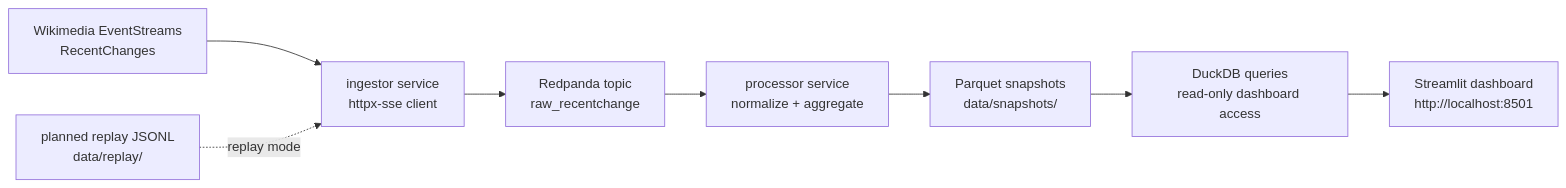
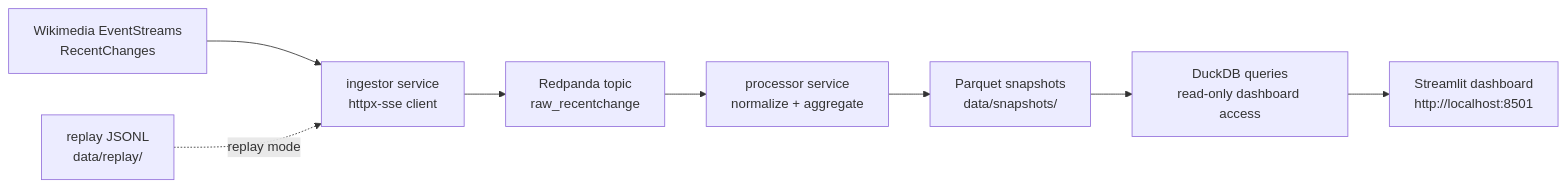
Before and after one commit to adiacov/wikistream-observatory: the diagram in README.md, drawn with Mermaid. The commit also changed other lines of this file and 4 other files, not shown here.

````diff
--- a/README.md
+++ b/README.md
@@ -47,10 +46,10 @@
 ```mermaid
 flowchart LR
     eventstreams["Wikimedia EventStreams\nRecentChanges"] --> ingestor["ingestor service\nhttpx-sse client"]
-    replay["planned replay JSONL\ndata/replay/"] -. "replay mode" .-> ingestor
+    replay["replay JSONL\ndata/replay/"] -. "replay mode" .-> ingestor
     ingestor --> rawtopic["Redpanda topic\nraw_recentchange"]
     rawtopic --> processor["processor service\nnormalize + aggregate"]
     processor --> snapshots["Parquet snapshots\ndata/snapshots/"]
     snapshots --> duckdb["DuckDB queries\nread-only dashboard access"]
     duckdb --> dashboard["Streamlit dashboard\nhttp://localhost:8501"]
 ```
````
